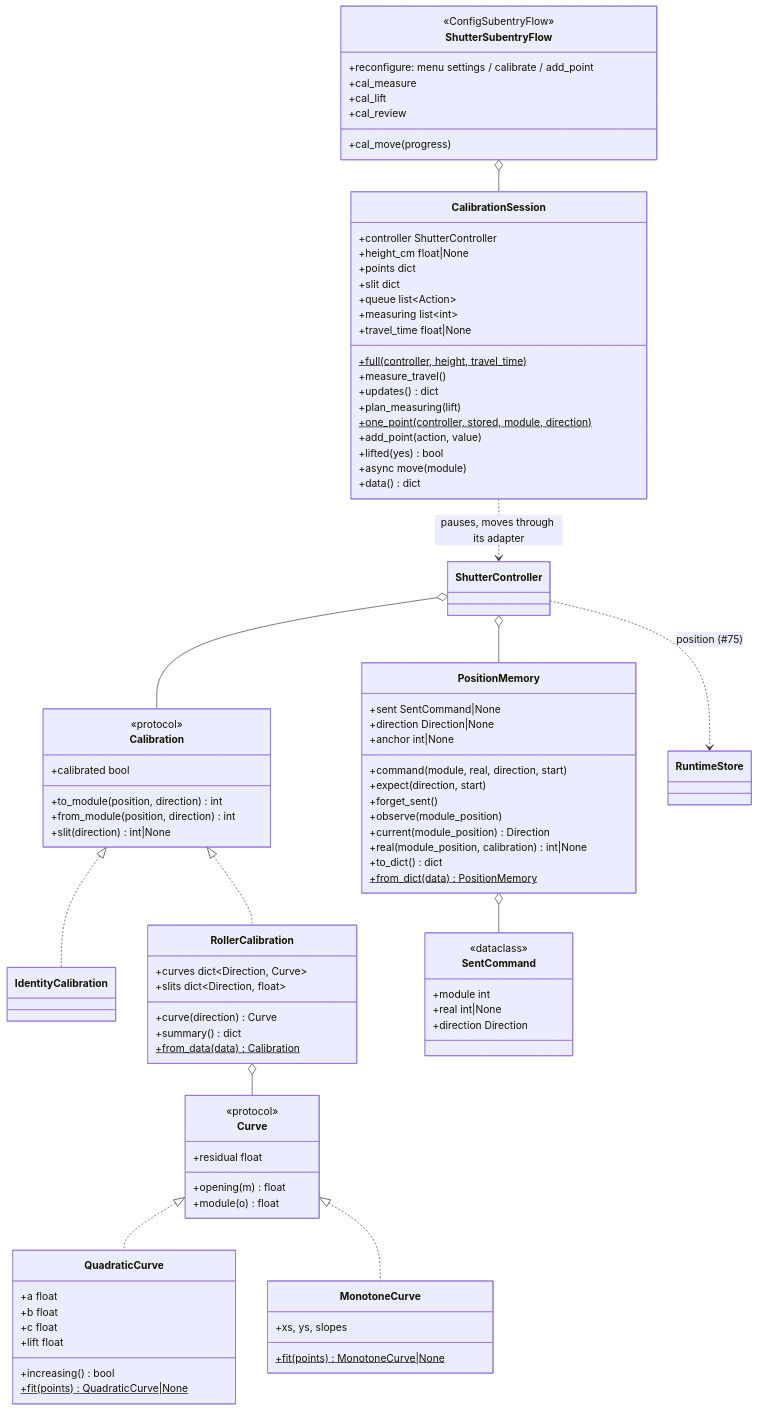
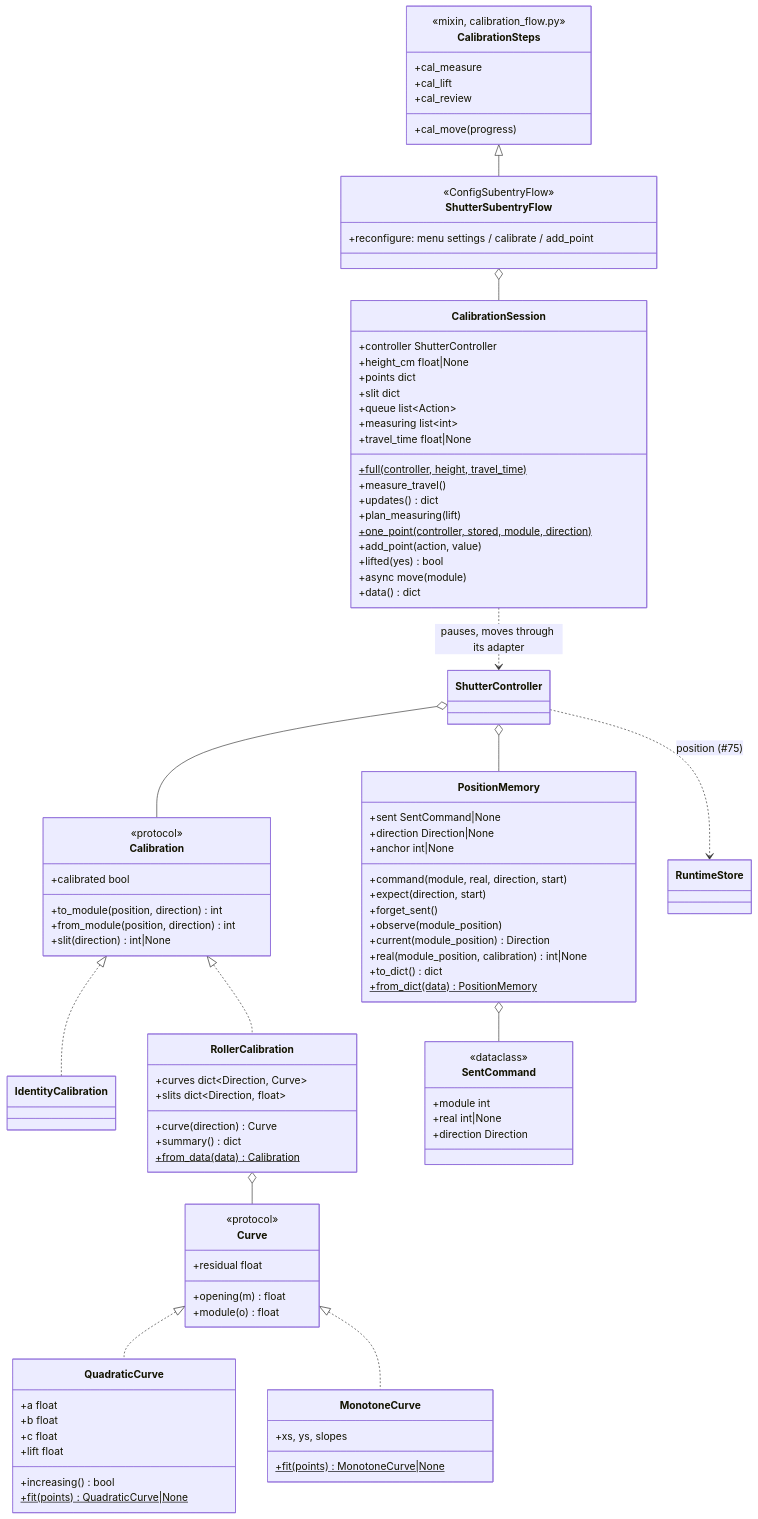
Before and after one commit to abroeders/smart-shutter-control: the seventh of 43 diagrams in docs/architecture.md, drawn with Mermaid. The commit also changed other lines of this file and 18 other files, not shown here.

```diff
--- a/docs/architecture.md
+++ b/docs/architecture.md
@@ -326,11 +326,15 @@
     class ShutterSubentryFlow {
         <<ConfigSubentryFlow>>
         +reconfigure: menu settings / calibrate / add_point
+    }
+    class CalibrationSteps {
+        <<mixin, calibration_flow.py>>
         +cal_move (progress)
         +cal_measure
         +cal_lift
         +cal_review
     }
+    CalibrationSteps <|-- ShutterSubentryFlow
     Calibration <|.. IdentityCalibration
     Calibration <|.. RollerCalibration
     RollerCalibration o-- Curve
```
